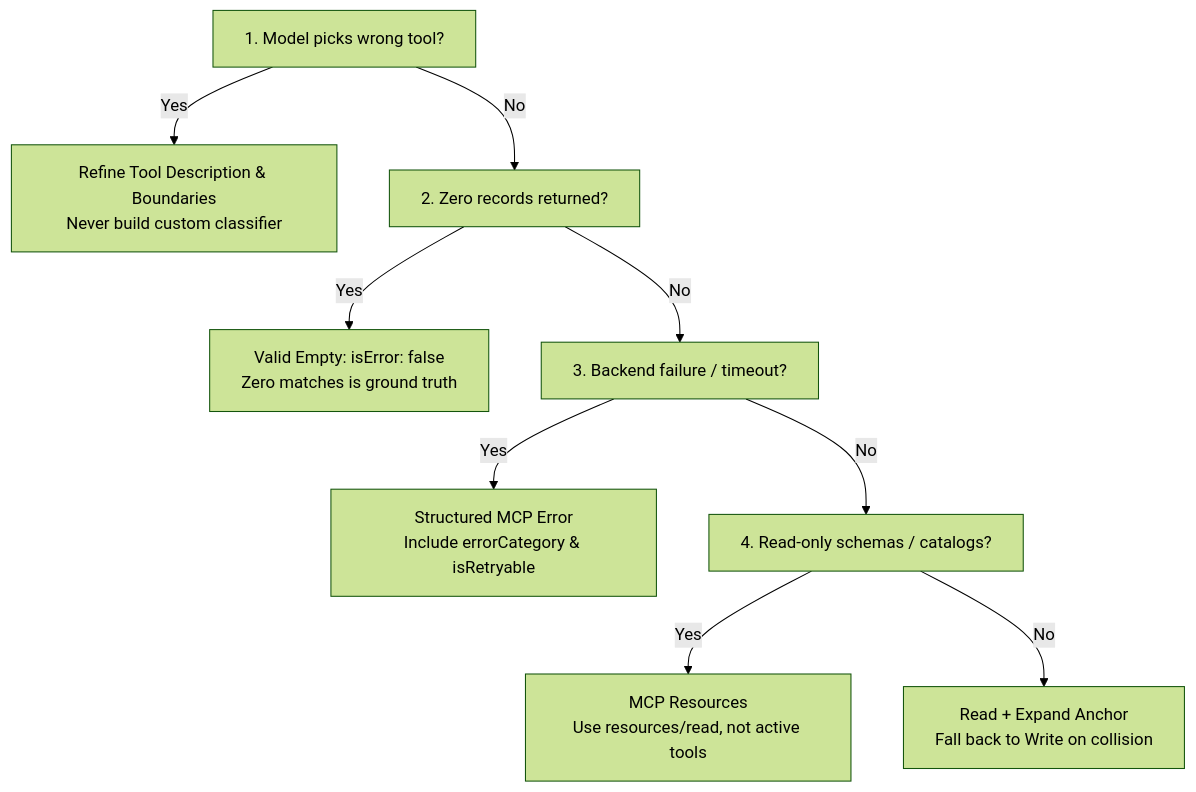
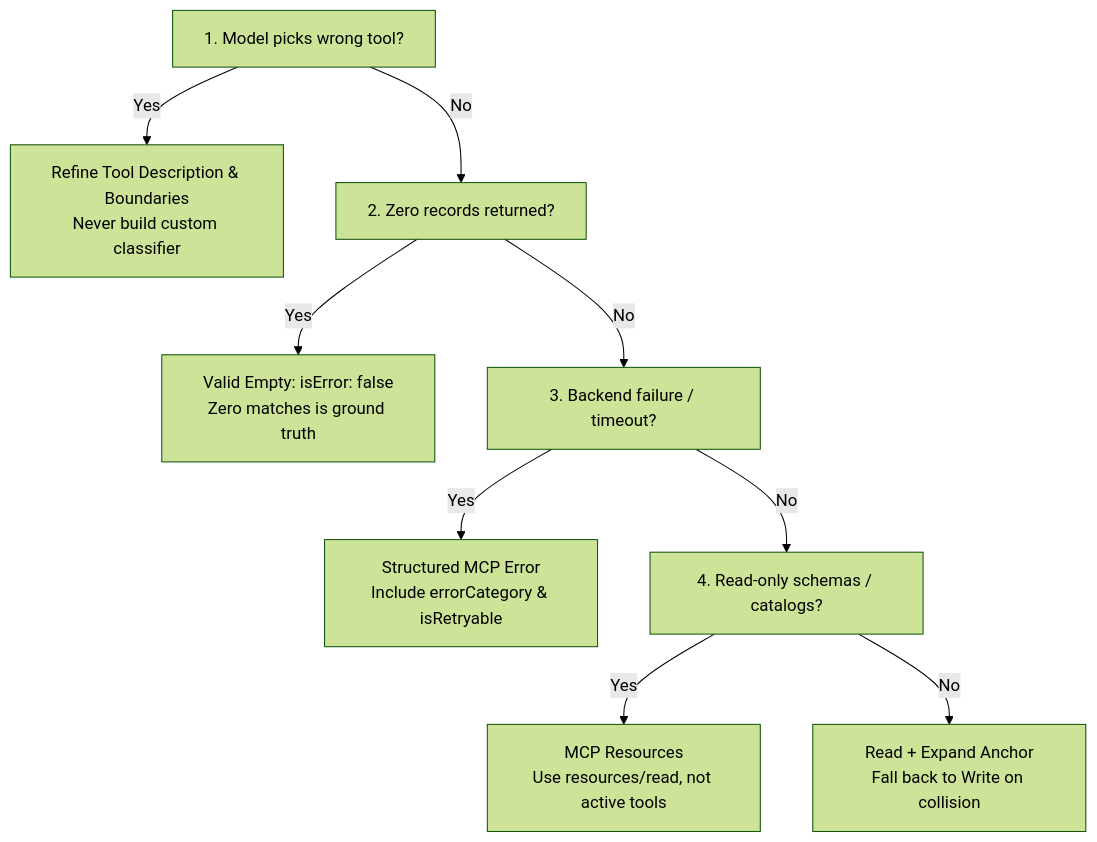
One commit to dip4k/claude_cert_architect_foundation_prep changed the diagram in domain2/README.md. Above: the diagram before and after it, drawn with Mermaid (forest theme). The commit also changed 50 other files, not shown here.

Commit message:
docs(domain): complete 30 task statement study guides and enforce October 2026 Mermaid standards

````diff
--- a/domain2/README.md
+++ b/domain2/README.md
@@ -122,12 +122,11 @@
 ```mermaid
-%%{init: {"flowchart": {"htmlLabels": true, "wrappingWidth": 250}}}%%
 flowchart TD
     Q1["1. Model picks wrong tool?"] -->|Yes| A1["Refine Tool Description & Boundaries<br/>Never build custom classifier"]
     Q1 -->|No| Q2["2. Zero records returned?"]
     Q2 -->|Yes| A2["Valid Empty: isError: false<br/>Zero matches is ground truth"]
     Q2 -->|No| Q3["3. Backend failure / timeout?"]
     Q3 -->|Yes| A3["Structured MCP Error<br/>Include errorCategory & isRetryable"]
     Q3 -->|No| Q4["4. Read-only schemas / catalogs?"]
     Q4 -->|Yes| A4["MCP Resources<br/>Use resources/read, not active tools"]
     Q4 -->|No| A5["Read + Expand Anchor<br/>Fall back to Write on collision"]
 ```
````
